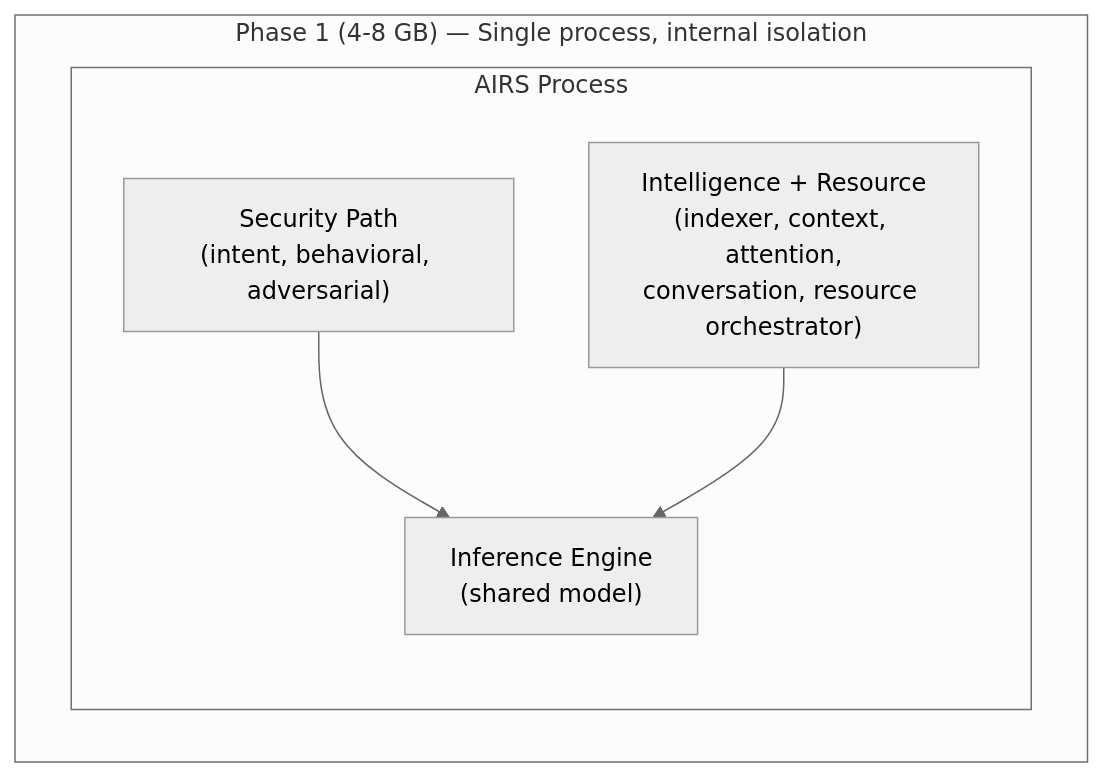
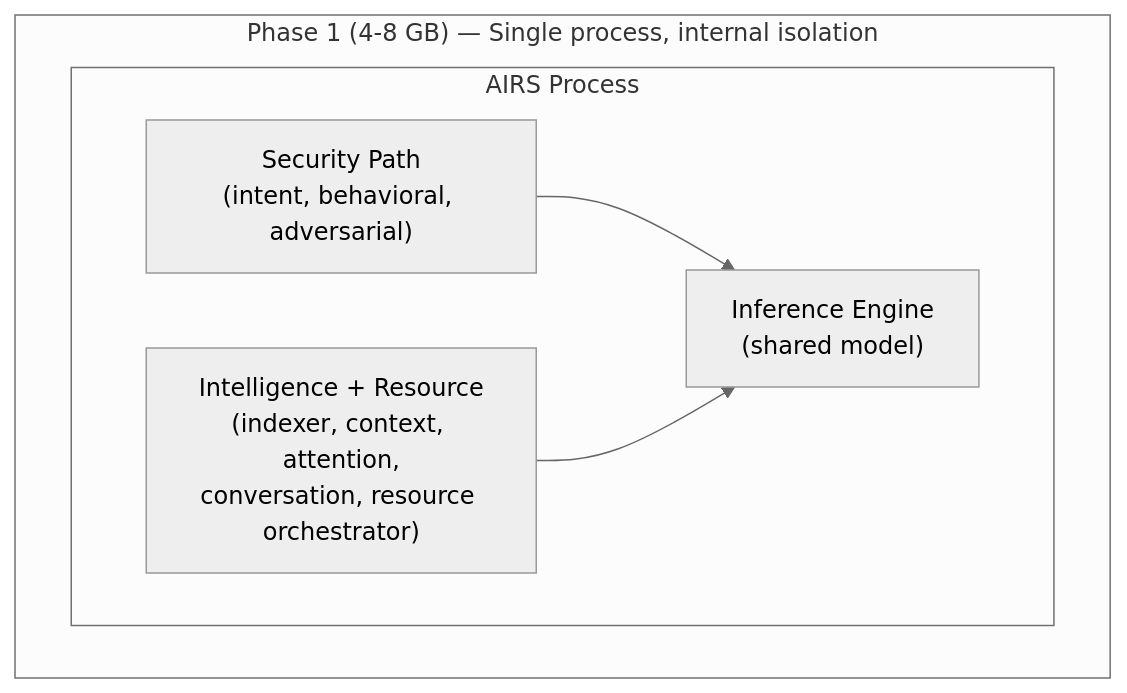
The second of 4 diagrams in docs/intelligence/airs.md (juslee/aios), drawn with Mermaid (neutral theme) before and after one commit. The commit also changed other lines of this file and 24 other files, not shown here.

First line of the commit message:
Upgrade all 132 Mermaid diagrams to v11 syntax across 25 docs

````diff
--- a/docs/intelligence/airs.md
+++ b/docs/intelligence/airs.md
@@ -93,12 +124,17 @@
 ```mermaid
-graph TD
+flowchart TD
     subgraph P1["Phase 1 (4-8 GB) — Single process, internal isolation"]
         subgraph AIRS1["AIRS Process"]
-            SP1["Security Path<br/>(intent, behavioral, adversarial)"]
-            IR1["Intelligence + Resource<br/>(indexer, context, attention,<br/>conversation, resource orchestrator)"]
-            IE1["Inference Engine<br/>(shared model)"]
+            direction LR
+            SP1["`Security Path
+(intent, behavioral, adversarial)`"]
+            IR1["`Intelligence + Resource
+(indexer, context, attention,
+conversation, resource orchestrator)`"]
+            IE1["`Inference Engine
+(shared model)`"]
             SP1 --> IE1
             IR1 --> IE1
         end
     end
 ```
````
